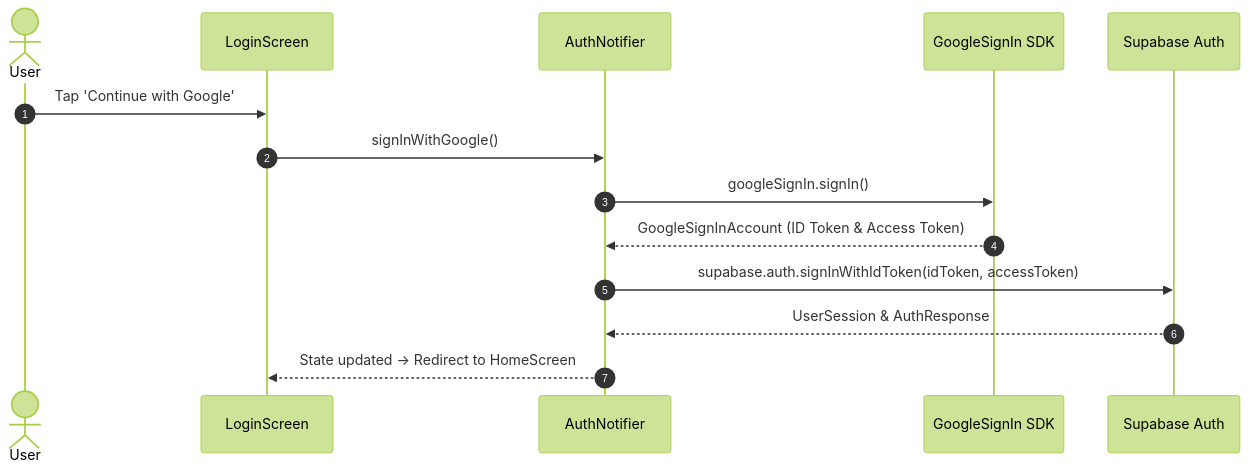
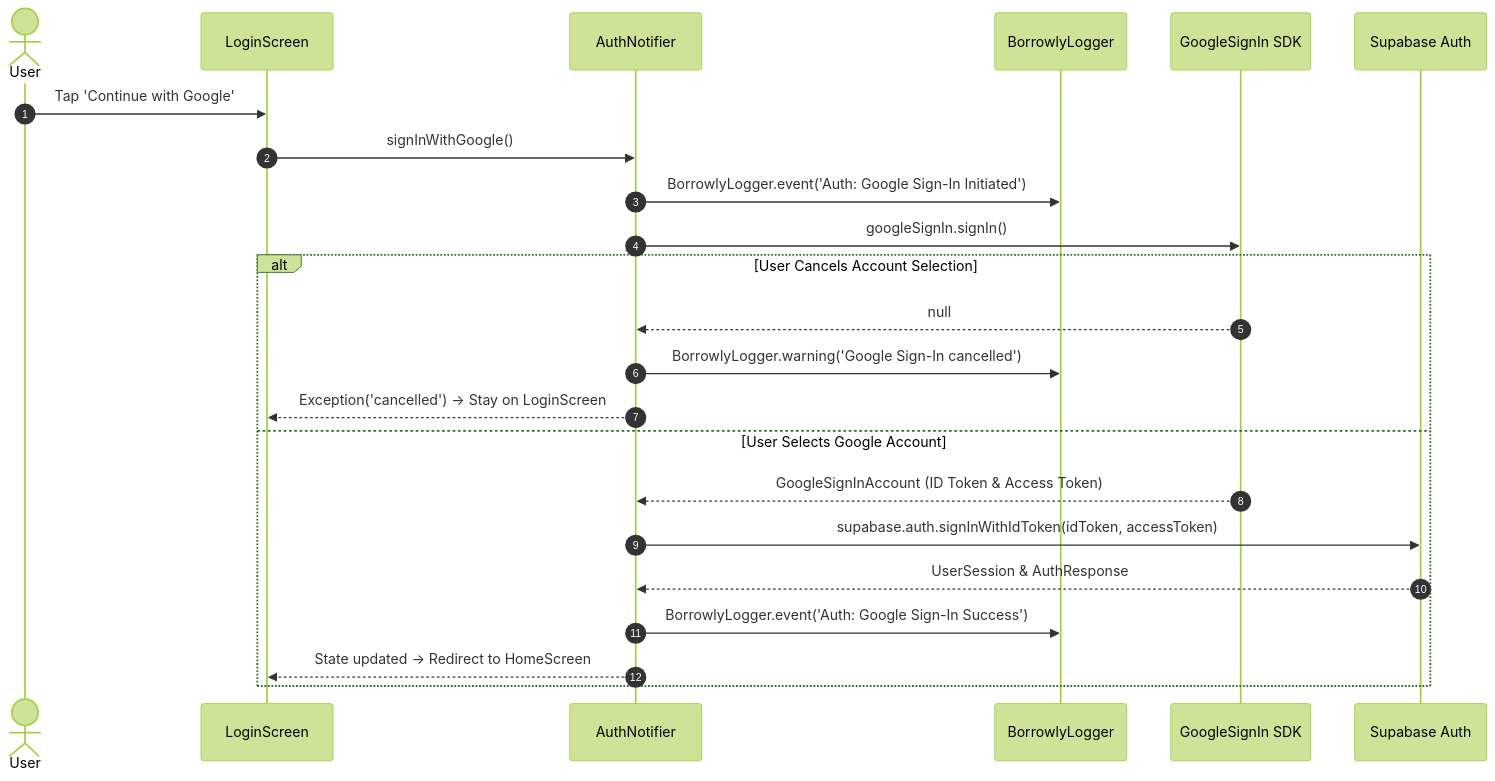
Before and after one commit to AnsilKM/Borrowly: the first of 4 diagrams in WORKFLOW_GUIDELINES.md, drawn with Mermaid (forest theme). The commit also changed other lines of this file and 2 other files, not shown here.

Commit message:
docs: update ARCHITECTURE.md, WORKFLOW_GUIDELINES.md, and AGENTS.md with live Supabase ref and event logger

````diff
--- a/WORKFLOW_GUIDELINES.md
+++ b/WORKFLOW_GUIDELINES.md
@@ -61,17 +41,26 @@
 ```mermaid
 sequenceDiagram
     autonumber
     actor User
     participant UI as LoginScreen
     participant Notifier as AuthNotifier
+    participant Logger as BorrowlyLogger
     participant Google as GoogleSignIn SDK
     participant Supabase as Supabase Auth
 
     User->>UI: Tap 'Continue with Google'
     UI->>Notifier: signInWithGoogle()
+    Notifier->>Logger: BorrowlyLogger.event('Auth: Google Sign-In Initiated')
     Notifier->>Google: googleSignIn.signIn()
-    Google-->>Notifier: GoogleSignInAccount (ID Token & Access Token)
-    Notifier->>Supabase: supabase.auth.signInWithIdToken(idToken, accessToken)
-    Supabase-->>Notifier: UserSession & AuthResponse
-    Notifier-->>UI: State updated -> Redirect to HomeScreen
+    alt User Cancels Account Selection
+        Google-->>Notifier: null
+        Notifier->>Logger: BorrowlyLogger.warning('Google Sign-In cancelled')
+        Notifier-->>UI: Exception('cancelled') -> Stay on LoginScreen
+    else User Selects Google Account
+        Google-->>Notifier: GoogleSignInAccount (ID Token & Access Token)
+        Notifier->>Supabase: supabase.auth.signInWithIdToken(idToken, accessToken)
+        Supabase-->>Notifier: UserSession & AuthResponse
+        Notifier->>Logger: BorrowlyLogger.event('Auth: Google Sign-In Success')
+        Notifier-->>UI: State updated -> Redirect to HomeScreen
+    end
 ```
````
